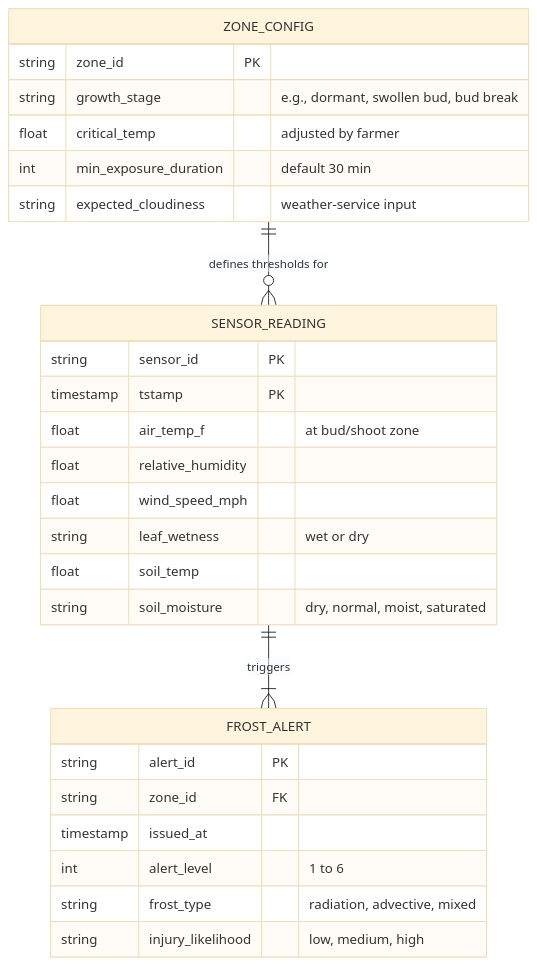
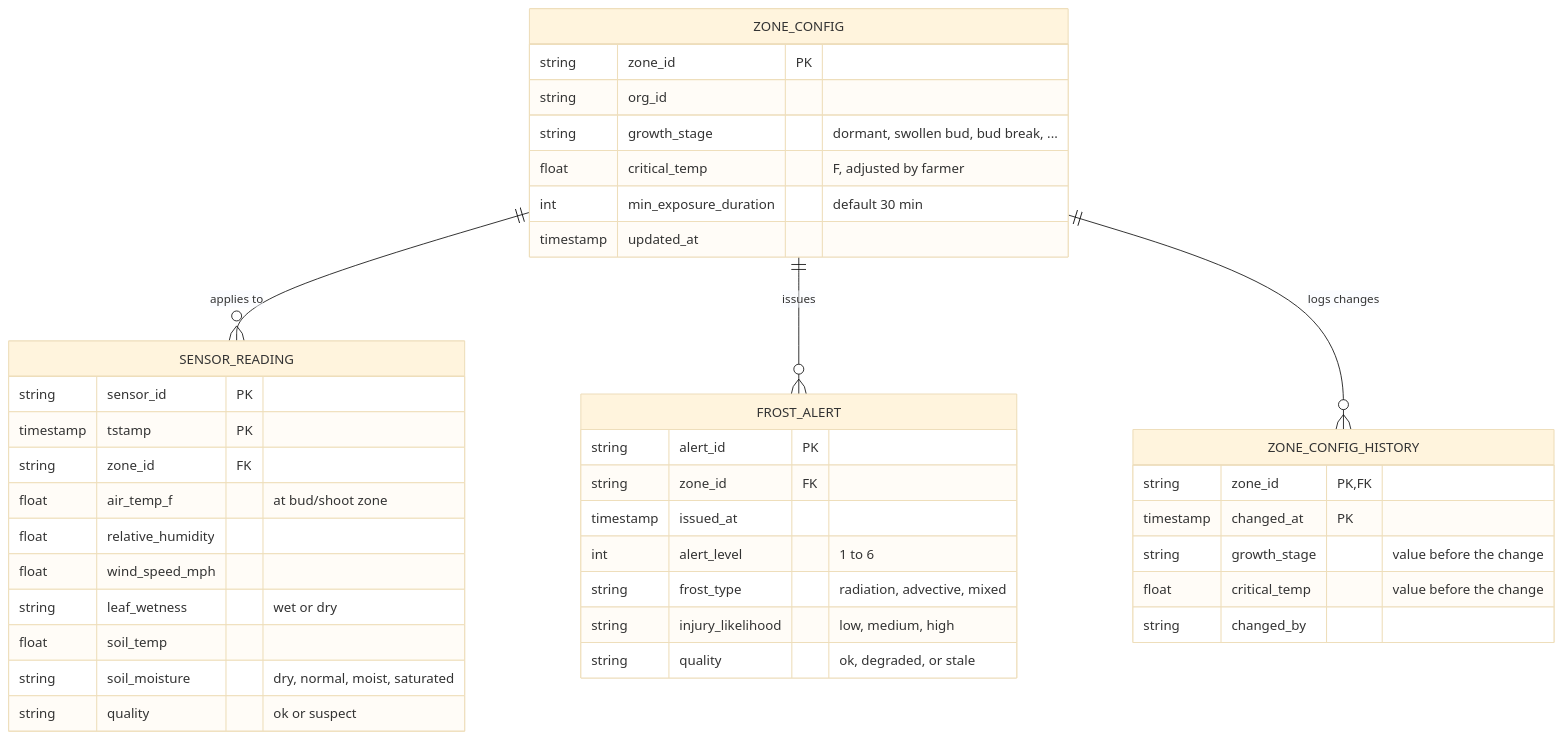
One commit to OMID-Capstone-AI-Drone/deliverables changed the first of 5 diagrams in Design_Diagrams/D2_Detailed_Design.md. Above: the diagram before and after it, drawn with Mermaid (base theme). The commit also changed other lines of this file, not shown here.

````diff
--- a/Design_Diagrams/D2_Detailed_Design.md
+++ b/Design_Diagrams/D2_Detailed_Design.md
@@ -39,31 +55,43 @@
 ```mermaid
 erDiagram
-    ZONE_CONFIG ||--o{ SENSOR_READING : "defines thresholds for"
-    SENSOR_READING ||--|{ FROST_ALERT : "triggers"
+    ZONE_CONFIG ||--o{ SENSOR_READING : "applies to"
+    ZONE_CONFIG ||--o{ FROST_ALERT : "issues"
+    ZONE_CONFIG ||--o{ ZONE_CONFIG_HISTORY : "logs changes"
 
     ZONE_CONFIG {
         string zone_id PK
-        string growth_stage "e.g., dormant, swollen bud, bud break"
-        float critical_temp "adjusted by farmer"
+        string org_id
+        string growth_stage "dormant, swollen bud, bud break, ..."
+        float critical_temp "F, adjusted by farmer"
         int min_exposure_duration "default 30 min"
-        string expected_cloudiness "weather-service input"
+        timestamp updated_at
+    }
+    ZONE_CONFIG_HISTORY {
+        string zone_id PK, FK
+        timestamp changed_at PK
+        string growth_stage "value before the change"
+        float critical_temp "value before the change"
+        string changed_by
     }
     SENSOR_READING {
         string sensor_id PK
         timestamp tstamp PK
+        string zone_id FK
         float air_temp_f "at bud/shoot zone"
         float relative_humidity
         float wind_speed_mph
         string leaf_wetness "wet or dry"
         float soil_temp
         string soil_moisture "dry, normal, moist, saturated"
+        string quality "ok or suspect"
     }
     FROST_ALERT {
         string alert_id PK
         string zone_id FK
         timestamp issued_at
         int alert_level "1 to 6"
         string frost_type "radiation, advective, mixed"
         string injury_likelihood "low, medium, high"
+        string quality "ok, degraded, or stale"
     }
 ```
````
